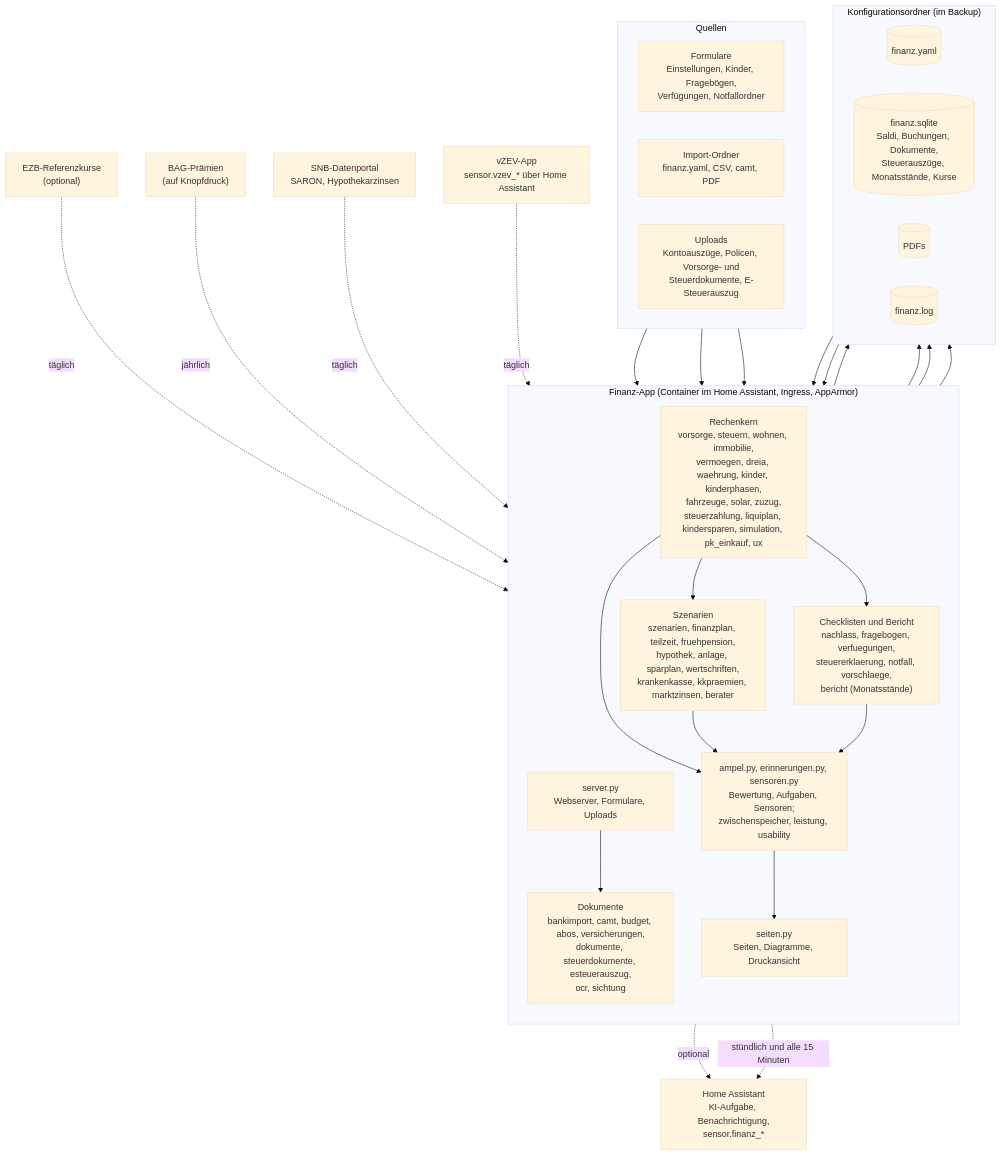
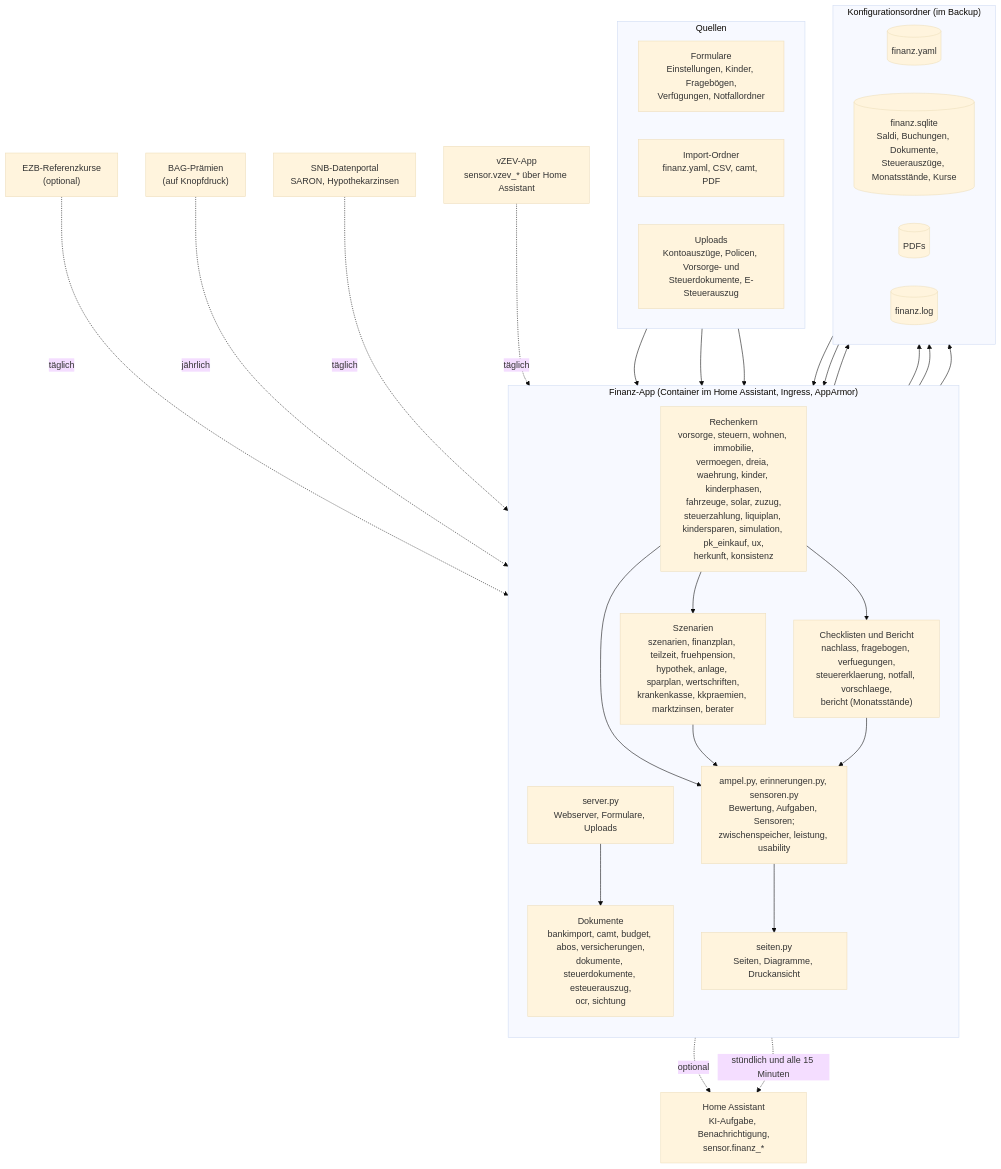
The diagram in docs/architektur.mmd (khu1985/finanz-ha), drawn with Mermaid (base theme) before and after one commit. The commit also changed 17 other files, not shown here.

```diff
--- a/docs/architektur.mmd
+++ b/docs/architektur.mmd
@@ -1,38 +1,38 @@
 flowchart TB
     subgraph Quellen
         direction LR
         F["Formulare<br/>Einstellungen, Kinder, Fragebögen,<br/>Verfügungen, Notfallordner"]
         I["Import-Ordner<br/>finanz.yaml, CSV, camt, PDF"]
         U["Uploads<br/>Kontoauszüge, Policen, Vorsorge- und<br/>Steuerdokumente, E-Steuerauszug"]
     end
     subgraph App["Finanz-App (Container im Home Assistant, Ingress, AppArmor)"]
         direction TB
         S["server.py<br/>Webserver, Formulare, Uploads"]
         D["Dokumente<br/>bankimport, camt, budget, abos, versicherungen,<br/>dokumente, steuerdokumente, esteuerauszug,<br/>ocr, sichtung"]
-        K["Rechenkern<br/>vorsorge, steuern, wohnen, immobilie,<br/>vermoegen, dreia, waehrung, kinder, kinderphasen,<br/>fahrzeuge, solar, zuzug,<br/>steuerzahlung, liquiplan, kindersparen, simulation, pk_einkauf, ux"]
+        K["Rechenkern<br/>vorsorge, steuern, wohnen, immobilie,<br/>vermoegen, dreia, waehrung, kinder, kinderphasen,<br/>fahrzeuge, solar, zuzug,<br/>steuerzahlung, liquiplan, kindersparen, simulation, pk_einkauf, ux,<br/>herkunft, konsistenz"]
         Z["Szenarien<br/>szenarien, finanzplan, teilzeit, fruehpension,<br/>hypothek, anlage, sparplan, wertschriften,<br/>krankenkasse, kkpraemien, marktzinsen, berater"]
         C["Checklisten und Bericht<br/>nachlass, fragebogen, verfuegungen,<br/>steuererklaerung, notfall, vorschlaege,<br/>bericht (Monatsstände)"]
         A["ampel.py, erinnerungen.py, sensoren.py<br/>Bewertung, Aufgaben, Sensoren;<br/>zwischenspeicher, leistung, usability"]
         SE["seiten.py<br/>Seiten, Diagramme, Druckansicht"]
     end
     subgraph Daten["Konfigurationsordner (im Backup)"]
         direction LR
         Y[("finanz.yaml")]
         DB[("finanz.sqlite<br/>Saldi, Buchungen, Dokumente,<br/>Steuerauszüge, Monatsstände, Kurse")]
         P[("PDFs")]
         L[("finanz.log")]
     end
     HA["Home Assistant<br/>KI-Aufgabe, Benachrichtigung,<br/>sensor.finanz_*"]
     F & I & U --> S
     S --> D --> DB & P
     S --> Y
     Y & DB --> K --> Z
     K --> C
     K & Z & C --> A --> SE
     Z -. optional .-> HA
     EZB["EZB-Referenzkurse<br/>(optional)"] -. täglich .-> K
     BAG["BAG-Prämien<br/>(auf Knopfdruck)"] -. jährlich .-> Z
     SNB["SNB-Datenportal<br/>SARON, Hypothekarzinsen"] -. täglich .-> Z
     A -. stündlich und alle 15 Minuten .-> HA
     VZ["vZEV-App<br/>sensor.vzev_* über Home Assistant"] -. täglich .-> K
     S --> L
```
